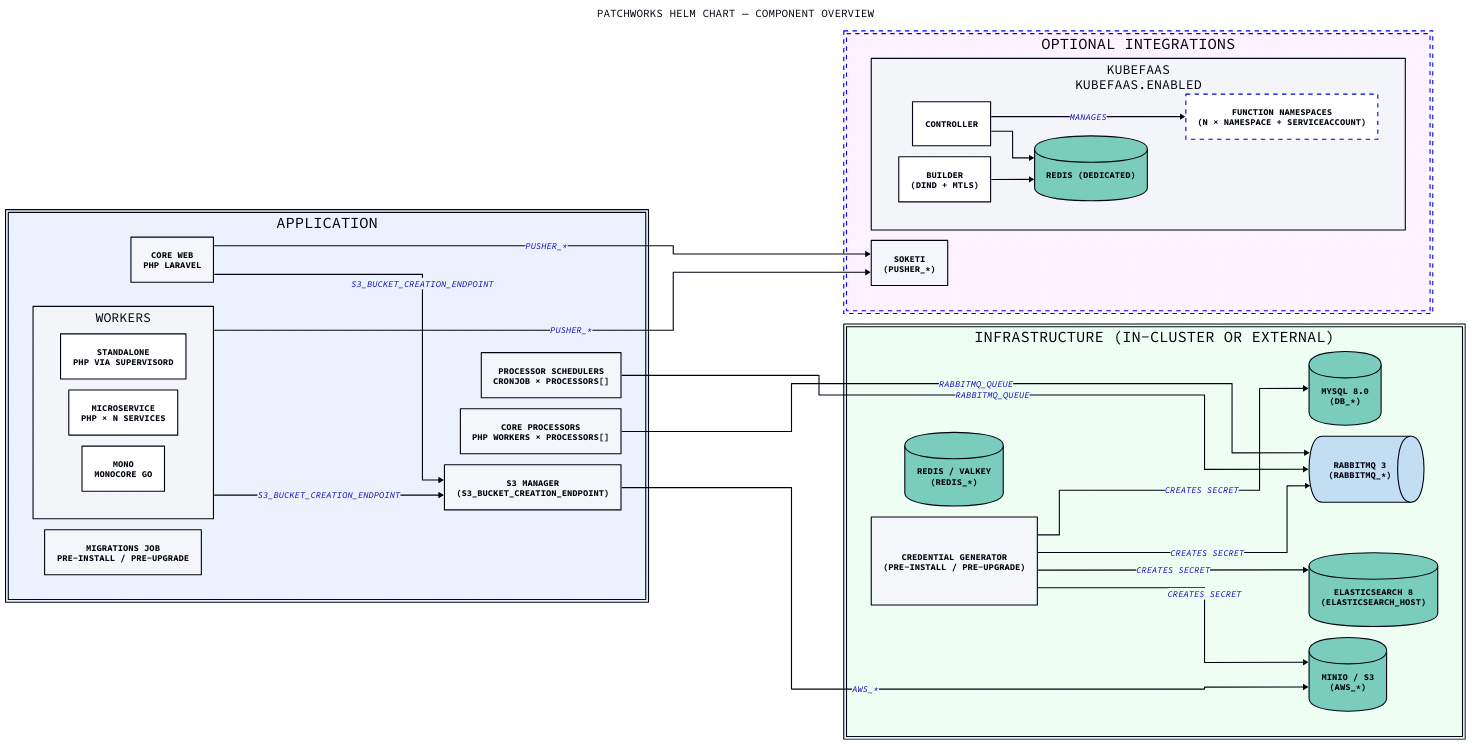
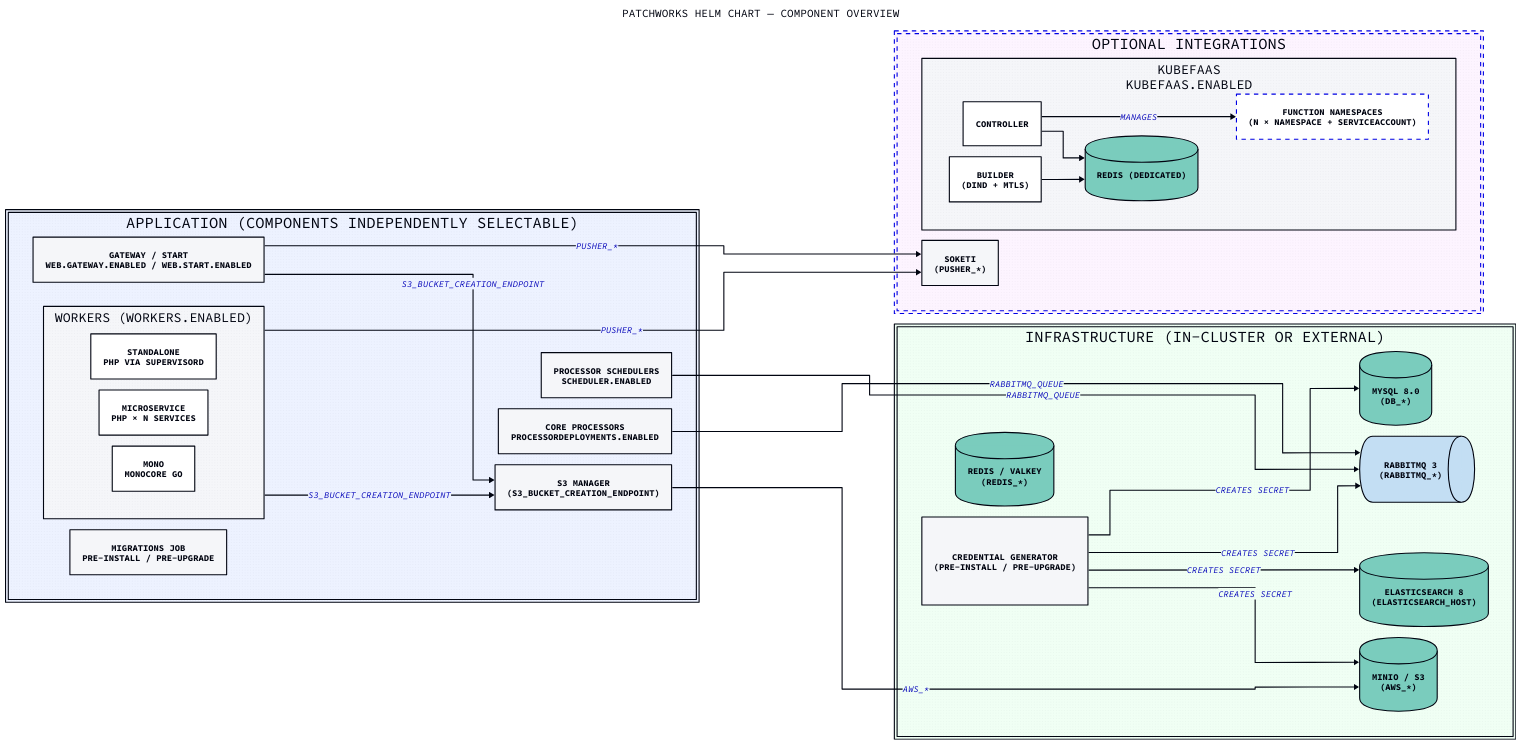
One commit to gopatchworks/selfhosted changed the diagram in docs/chart-overview.d2. Above: the diagram before and after it, drawn with D2. The commit also changed 27 other files, not shown here.

```diff
--- a/docs/chart-overview.d2
+++ b/docs/chart-overview.d2
@@ -1,76 +1,76 @@
 vars: {
   d2-config: {
     layout-engine: elk
     # Terminal theme code
     theme-id: 300
   }
 }
 
 direction: right
 
 title: "Patchworks Helm Chart — Component Overview" {
   shape: text
   near: top-center
   style.font-size: 20
 }
 
-application: Application {
+application: "Application (components independently selectable)" {
   style.fill: "#EDF2FF"
 
-  web: "Core Web\nPHP Laravel" { shape: rectangle }
-  scheduler: "Processor Schedulers\nCronJob × processors[]" { shape: rectangle }
-  processors: "Core Processors\nPHP workers × processors[]" { shape: rectangle }
+  web: "Gateway / Start\nweb.gateway.enabled / web.start.enabled" { shape: rectangle }
+  scheduler: "Processor Schedulers\nscheduler.enabled" { shape: rectangle }
+  processors: "Core Processors\nprocessorDeployments.enabled" { shape: rectangle }
   s3manager: "S3 Manager\n(S3_BUCKET_CREATION_ENDPOINT)" { shape: rectangle }
 
-  workers: Workers {
+  workers: "Workers (workers.enabled)" {
     standalone:   "standalone\nPHP via supervisord" { shape: rectangle }
     microservice: "microservice\nPHP × N services"  { shape: rectangle }
     mono:         "mono\nMonocore Go"               { shape: rectangle }
   }
 
   migrations: "Migrations Job\npre-install / pre-upgrade" { shape: rectangle }
 }
 
 infra: "Infrastructure (in-cluster or external)" {
   style.fill: "#F0FFF4"
 
   mysql:         "MySQL 8.0\n(DB_*)"                     { shape: cylinder }
   redis:         "Redis / Valkey\n(REDIS_*)"              { shape: cylinder }
   rabbitmq:      "RabbitMQ 3\n(RABBITMQ_*)"               { shape: queue    }
   elasticsearch: "Elasticsearch 8\n(ELASTICSEARCH_HOST)"  { shape: cylinder }
   s3:            "MinIO / S3\n(AWS_*)"                    { shape: cylinder }
   credentials:   "Credential Generator\n(pre-install / pre-upgrade)" { shape: rectangle }
 
   credentials -> mysql: creates Secret
   credentials -> rabbitmq: creates Secret
   credentials -> elasticsearch: creates Secret
   credentials -> s3: creates Secret
 }
 
 optional: "Optional Integrations" {
   style.fill: "#FDF4FF"
   style.stroke-dash: 4
 
   kubefaas: "KubeFaaS\nkubefaas.enabled" {
     controller: Controller { shape: rectangle }
     builder:    "Builder\n(dind + mTLS)"   { shape: rectangle }
     kfredis:    "Redis (dedicated)"        { shape: cylinder }
     functions:  "Function Namespaces\n(N × Namespace + ServiceAccount)" {
       shape: rectangle
       style.stroke-dash: 4
     }
     controller -> kfredis
     builder    -> kfredis
     controller -> functions: manages
   }
 
   soketi: "Soketi\n(PUSHER_*)" { shape: rectangle }
 }
 
 application.web -> optional.soketi: PUSHER_*
 application.workers -> optional.soketi: PUSHER_*
 application.processors -> infra.rabbitmq: RABBITMQ_QUEUE
 application.scheduler -> infra.rabbitmq: RABBITMQ_QUEUE
 application.web -> application.s3manager: S3_BUCKET_CREATION_ENDPOINT
 application.workers -> application.s3manager: S3_BUCKET_CREATION_ENDPOINT
 application.s3manager -> infra.s3: AWS_*
```
